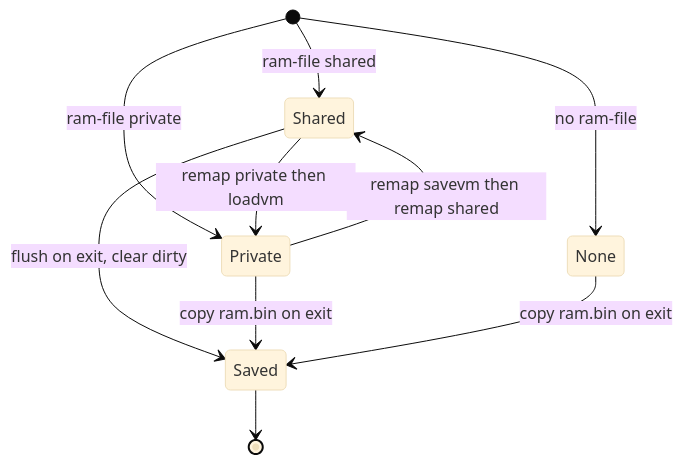
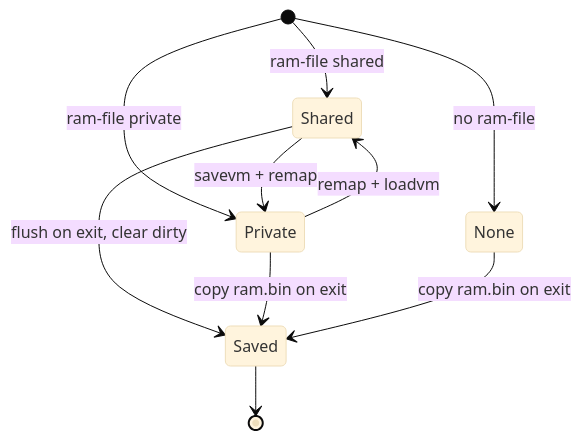
Before and after one commit to aospbooks/android-emulator-internal-book: the fourth of 6 diagrams in 09-snapshots-and-quickboot.md, drawn with Mermaid (base theme). The commit also changed other lines of this file and 31 other files, not shown here.

````diff
--- a/09-snapshots-and-quickboot.md
+++ b/09-snapshots-and-quickboot.md
@@ -384,12 +385,12 @@
 ```mermaid
 stateDiagram-v2
     [*] --> None : no ram-file
     [*] --> Shared : ram-file shared
     [*] --> Private : ram-file private
-    Private --> Shared : remap savevm then remap shared
-    Shared --> Private : remap private then loadvm
+    Private --> Shared : remap + loadvm
+    Shared --> Private : savevm + remap
     Shared --> Saved : flush on exit, clear dirty
     Private --> Saved : copy ram.bin on exit
     None --> Saved : copy ram.bin on exit
     Saved --> [*]
 ```
````
